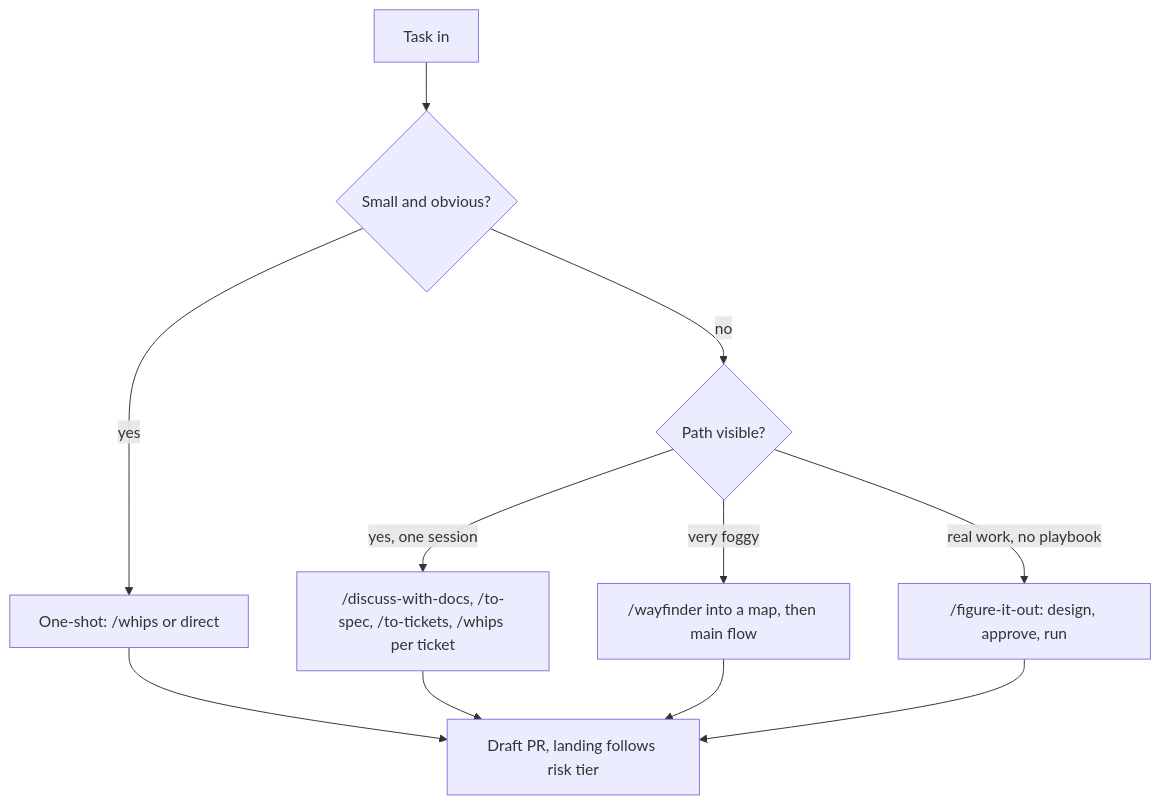
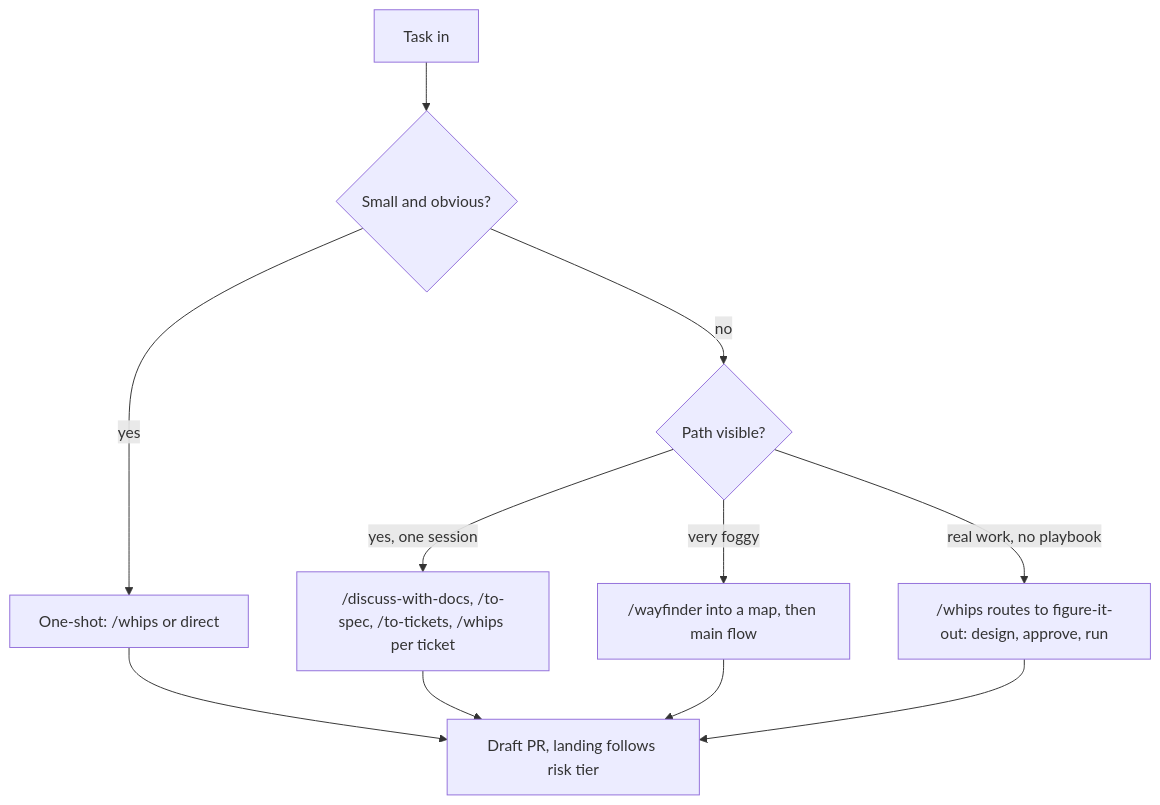
The first of 10 diagrams in skills/user-invoked/guide/COOKBOOK.md (TudeOrangBiasa/skills-for-agents), drawn with Mermaid before and after one commit. The commit also changed other lines of this file, not shown here.

````diff
--- a/skills/user-invoked/guide/COOKBOOK.md
+++ b/skills/user-invoked/guide/COOKBOOK.md
@@ -13,13 +13,13 @@
 ```mermaid
 flowchart TD
     T["Task in"] --> Q1{"Small and obvious?"}
     Q1 -->|yes| ONE["One-shot: /whips or direct"]
     Q1 -->|no| Q2{"Path visible?"}
     Q2 -->|"yes, one session"| IDEA["/discuss-with-docs, /to-spec, /to-tickets, /whips per ticket"]
     Q2 -->|"very foggy"| WAY["/wayfinder into a map, then main flow"]
-    Q2 -->|"real work, no playbook"| FIG["/figure-it-out: design, approve, run"]
+    Q2 -->|"real work, no playbook"| FIG["/whips routes to figure-it-out: design, approve, run"]
     ONE --> PR["Draft PR, landing follows risk tier"]
     IDEA --> PR
     WAY --> PR
     FIG --> PR
 ```
````
